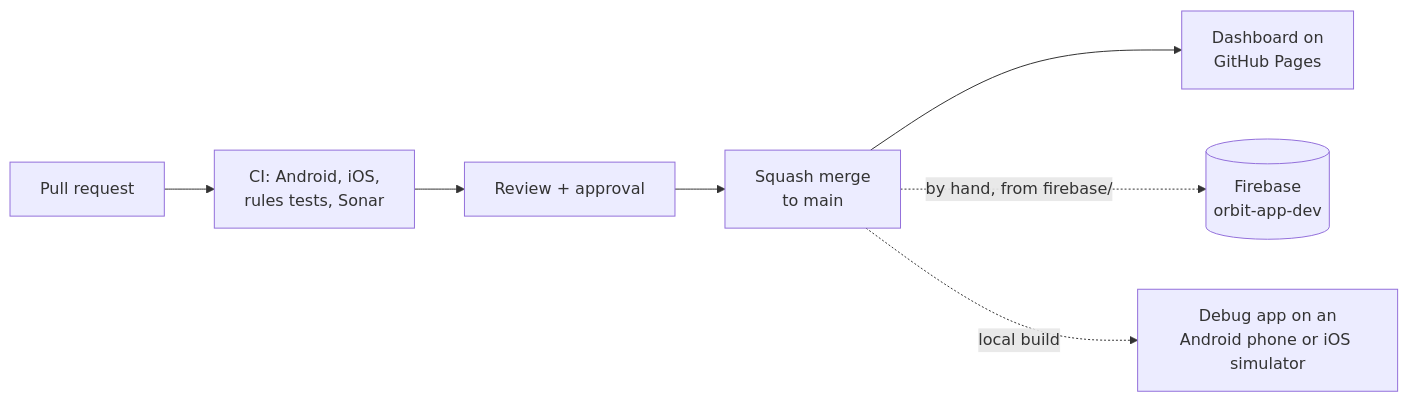
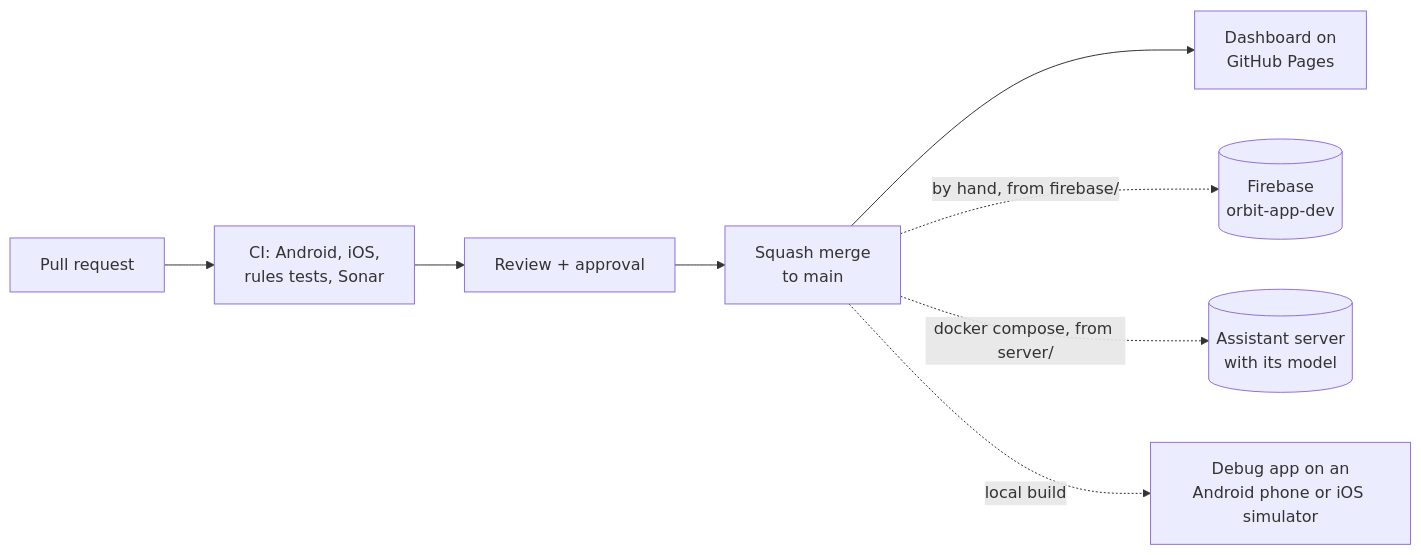
The diagram in docs/process/builds-and-deployment.md (Erkko68/orbit), drawn with Mermaid before and after one commit. The commit also changed other lines of this file and 35 other files, not shown here.

First line of the commit message:
refactor(ai): serve the assistant from our own server in Docker (#263)

````diff
--- a/docs/process/builds-and-deployment.md
+++ b/docs/process/builds-and-deployment.md
@@ -5,9 +5,10 @@
 ```mermaid
 flowchart LR
     pr["Pull request"] --> ci["CI: Android, iOS,<br/>rules tests, Sonar"]
     ci --> review["Review + approval"]
     review --> main["Squash merge<br/>to main"]
     main --> pages["Dashboard on<br/>GitHub Pages"]
     main -. "by hand, from firebase/" .-> fb[("Firebase<br/>orbit-app-dev")]
+    main -. "docker compose, from server/" .-> srv[("Assistant server<br/>with its model")]
     main -. "local build" .-> apps["Debug app on an<br/>Android phone or iOS simulator"]
 ```
````
